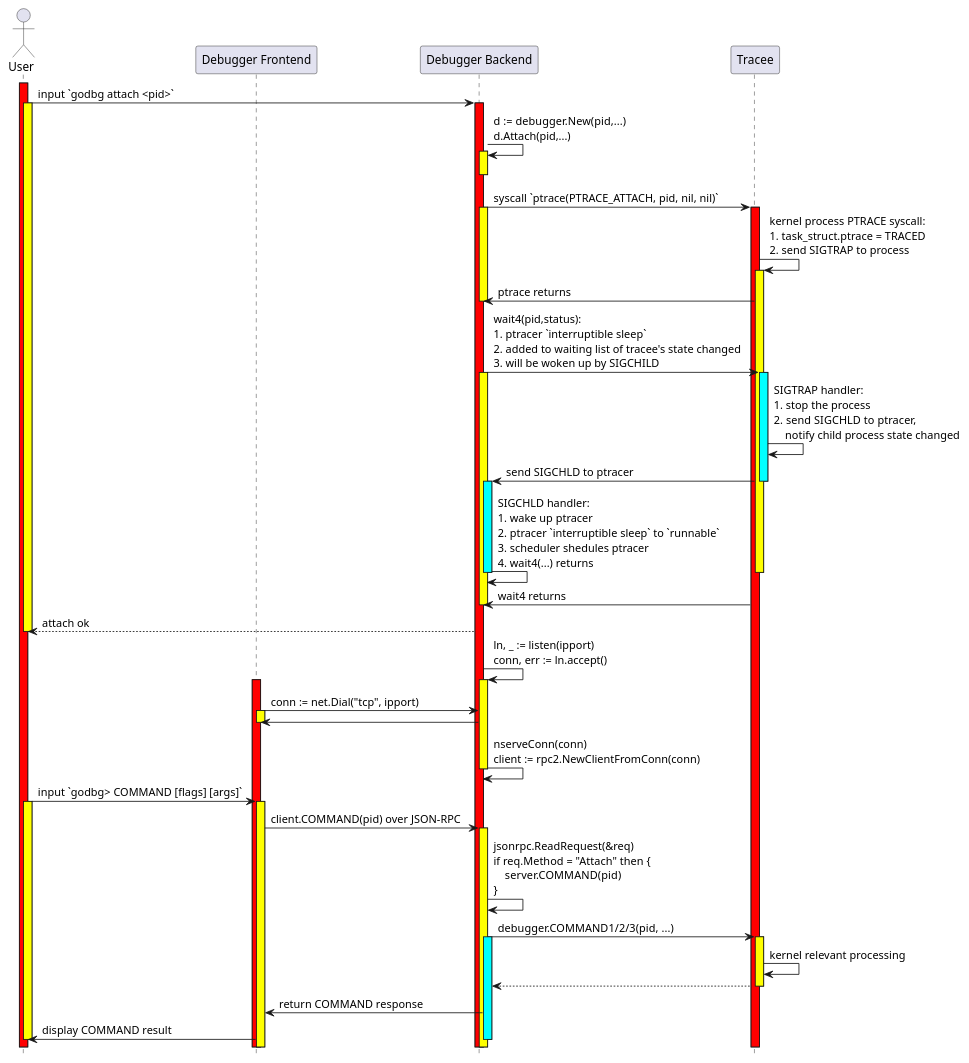
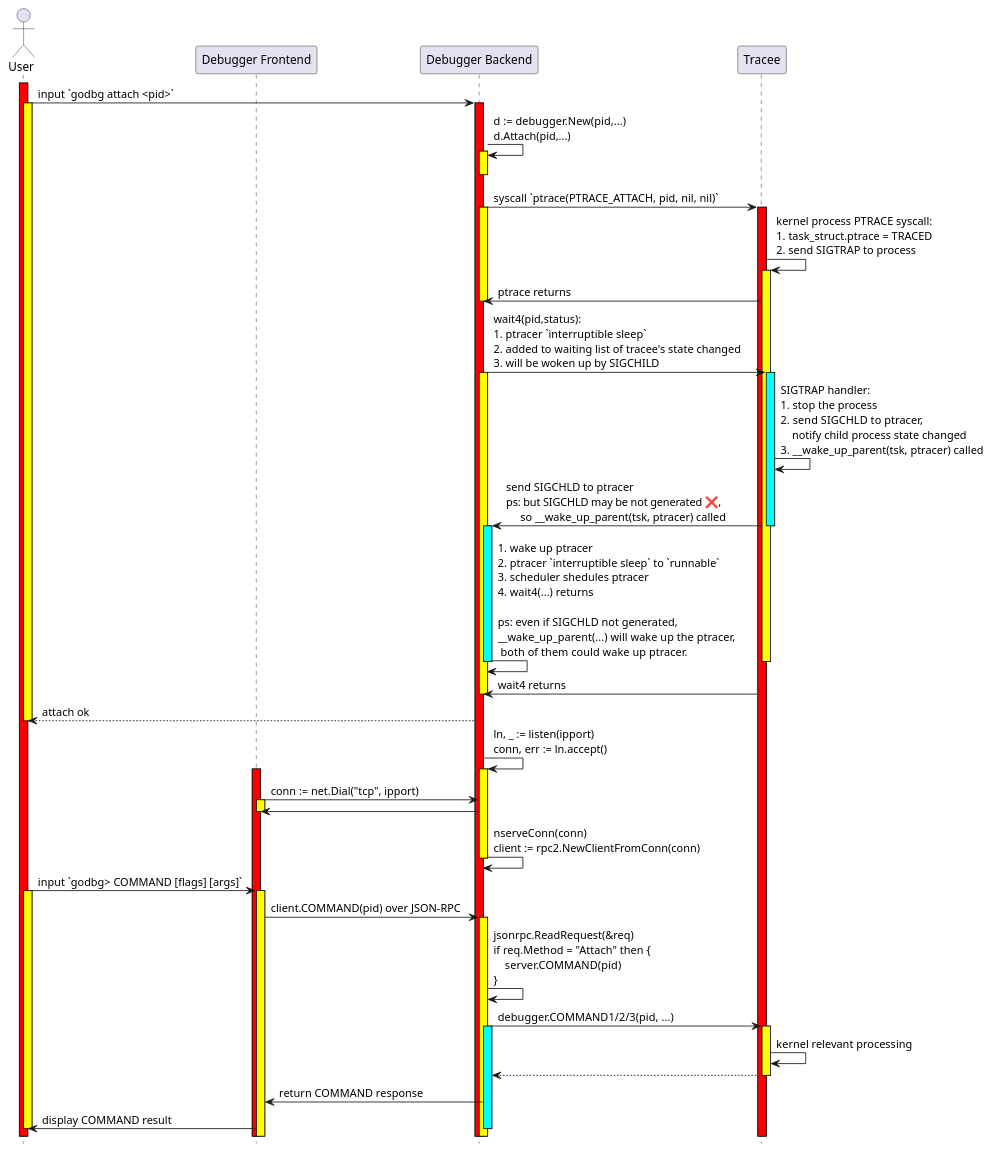
Before and after one commit to hitzhangjie/tinydbg: the diagram in articles/00-how-interactive-debug-works.puml, drawn with PlantUML. The commit also changed 1 other file, not shown here.

Commit message:
tinydbg/articles: improve the plantuml about wait4/wakeup/sigchld

```diff
--- a/articles/00-how-interactive-debug-works.puml
+++ b/articles/00-how-interactive-debug-works.puml
@@ -1,88 +1,88 @@
 @startuml
 
 hide footbox
 
 actor User
 participant "Debugger Frontend" as FE
 participant "Debugger Backend" as BE
 participant "Tracee" as TP
 
 ' godbg attach <pid>
 activate User #ff0000
 
 User -> BE : input `godbg attach <pid>`
 activate User #ffff00
 
 activate BE #ff0000
 
 BE -> BE: d := debugger.New(pid,...)\nd.Attach(pid,...)
 activate BE #ffff00
 deactivate BE
 
 BE -> TP: syscall `ptrace(PTRACE_ATTACH, pid, nil, nil)`
 activate BE #ffff00
 activate TP #ff0000
 TP -> TP: kernel process PTRACE syscall:\n1. task_struct.ptrace = TRACED\n2. send SIGTRAP to process
 activate TP #ffff00
 TP -> BE: ptrace returns
 deactivate BE
 
 BE -> TP: wait4(pid,status):\n1. ptracer `interruptible sleep`\n2. added to waiting list of tracee's state changed\n3. will be woken up by SIGCHILD
 activate BE #ffff00
 
 activate TP #00ffff
 
-TP -> TP: SIGTRAP handler: \n1. stop the process\n2. send SIGCHLD to ptracer, \n    notify child process state changed
-TP -> BE: send SIGCHLD to ptracer
+TP -> TP: SIGTRAP handler: \n1. stop the process\n2. send SIGCHLD to ptracer, \n    notify child process state changed\n3. __wake_up_parent(tsk, ptracer) called
+TP -> BE: send SIGCHLD to ptracer \nps: but SIGCHLD may be not generated ❌,\n     so __wake_up_parent(tsk, ptracer) called
 deactivate TP
 
 activate BE #00ffff
-BE -> BE: SIGCHLD handler: \n1. wake up ptracer\n2. ptracer `interruptible sleep` to `runnable`\n3. scheduler shedules ptracer\n4. wait4(...) returns
+BE -> BE: 1. wake up ptracer\n2. ptracer `interruptible sleep` to `runnable`\n3. scheduler shedules ptracer\n4. wait4(...) returns\n\nps: even if SIGCHLD not generated,\n__wake_up_parent(...) will wake up the ptracer,\n both of them could wake up ptracer.
 deactivate BE
 
 deactivate TP
 
 TP -> BE: wait4 returns
 deactivate BE
 
 BE --> User: attach ok
 deactivate User
 
 ' godbg> COMMAND [flags] [args]
 BE -> BE : ln, _ := listen(ipport)\nconn, err := ln.accept()
 activate BE #ffff00
 
 activate FE #ff0000
 FE -> BE: conn := net.Dial("tcp", ipport)
 activate FE #ffff00
 BE -> FE
 deactivate FE
 
 BE -> BE: nserveConn(conn)\nclient := rpc2.NewClientFromConn(conn)
 deactivate BE
 
 User -> FE: input `godbg> COMMAND [flags] [args]`
 activate User #ffff00
 activate FE #ffff00
 
 FE -> BE: client.COMMAND(pid) over JSON-RPC
 activate BE #ffff00
 
 BE -> BE: jsonrpc.ReadRequest(&req)\nif req.Method = "Attach" then {\n    server.COMMAND(pid)\n}
 BE -> TP: debugger.COMMAND1/2/3(pid, ...)
 activate BE #00ffff
 
 activate TP #ffff00
 TP -> TP : kernel relevant processing
 TP --> BE
 deactivate TP
 
 BE -> FE: return COMMAND response
 
 FE -> User: display COMMAND result
 
 deactivate BE
 
 deactivate User
 
 @enduml
```
